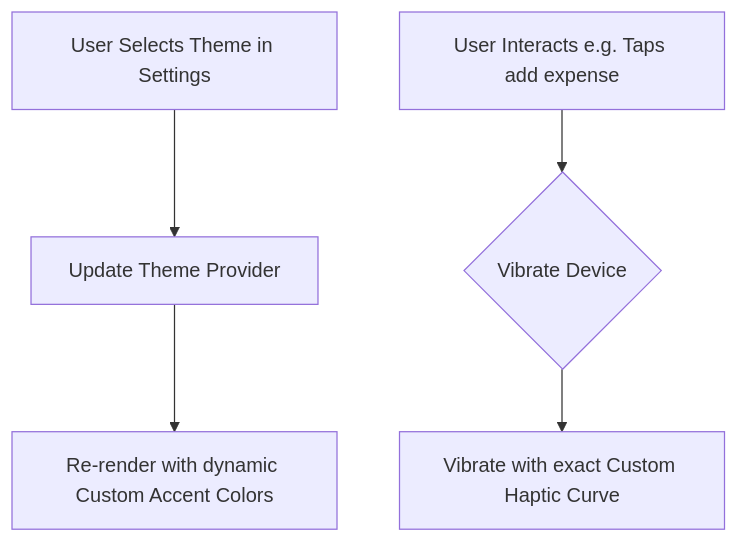
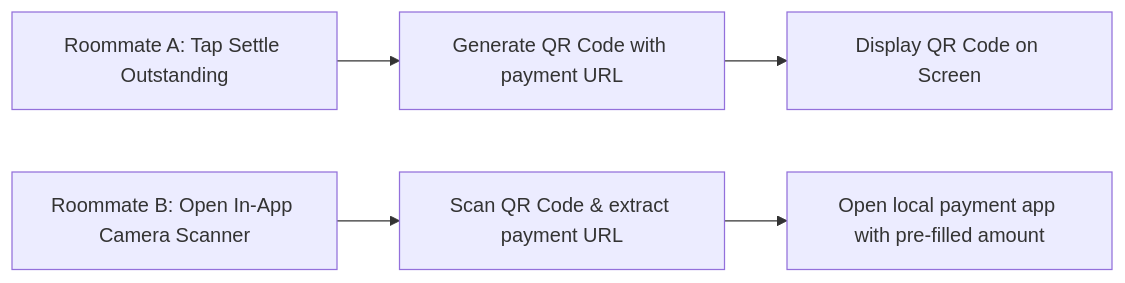
The fourth of 5 diagrams in plan.md (manish-12ys/roomledger), drawn with Mermaid before and after one commit. The commit also changed other lines of this file and 20 other files, not shown here.

Commit message:
feat: implement splash screen and update app launch configurations

````diff
--- a/plan.md
+++ b/plan.md
@@ -123,7 +107,7 @@
 ```mermaid
-graph TD
-    A[User Selects Theme in Settings] --> B[Update Theme Provider]
-    B --> C[Re-render with dynamic Custom Accent Colors]
-    D[User Interacts e.g. Taps add expense] --> E{Vibrate Device}
-    E --> F[Vibrate with exact Custom Haptic Curve]
+graph LR
+    A[Roommate A: Tap Settle Outstanding] --> B[Generate QR Code with payment URL]
+    B --> C[Display QR Code on Screen]
+    D[Roommate B: Open In-App Camera Scanner] --> E[Scan QR Code & extract payment URL]
+    E --> F[Open local payment app with pre-filled amount]
 ```
````
